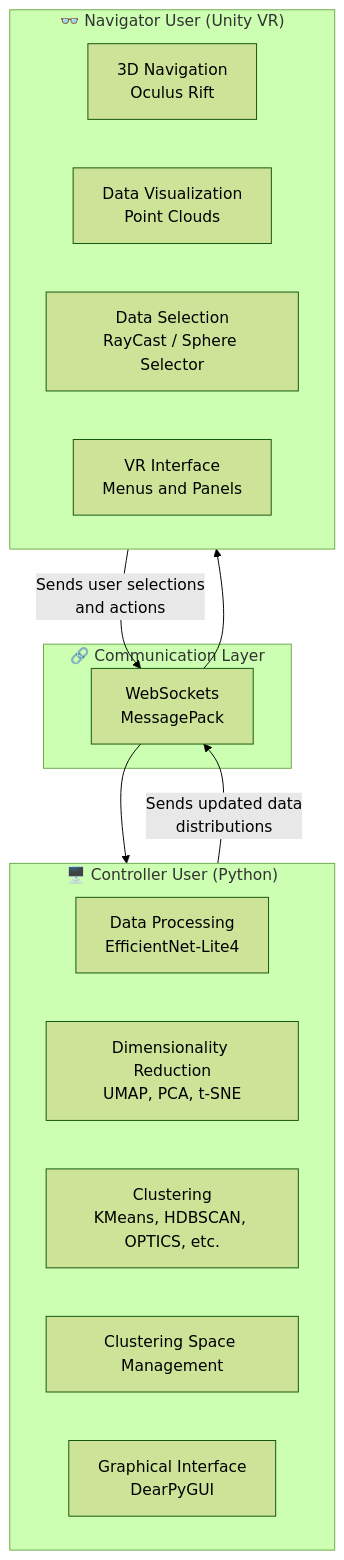
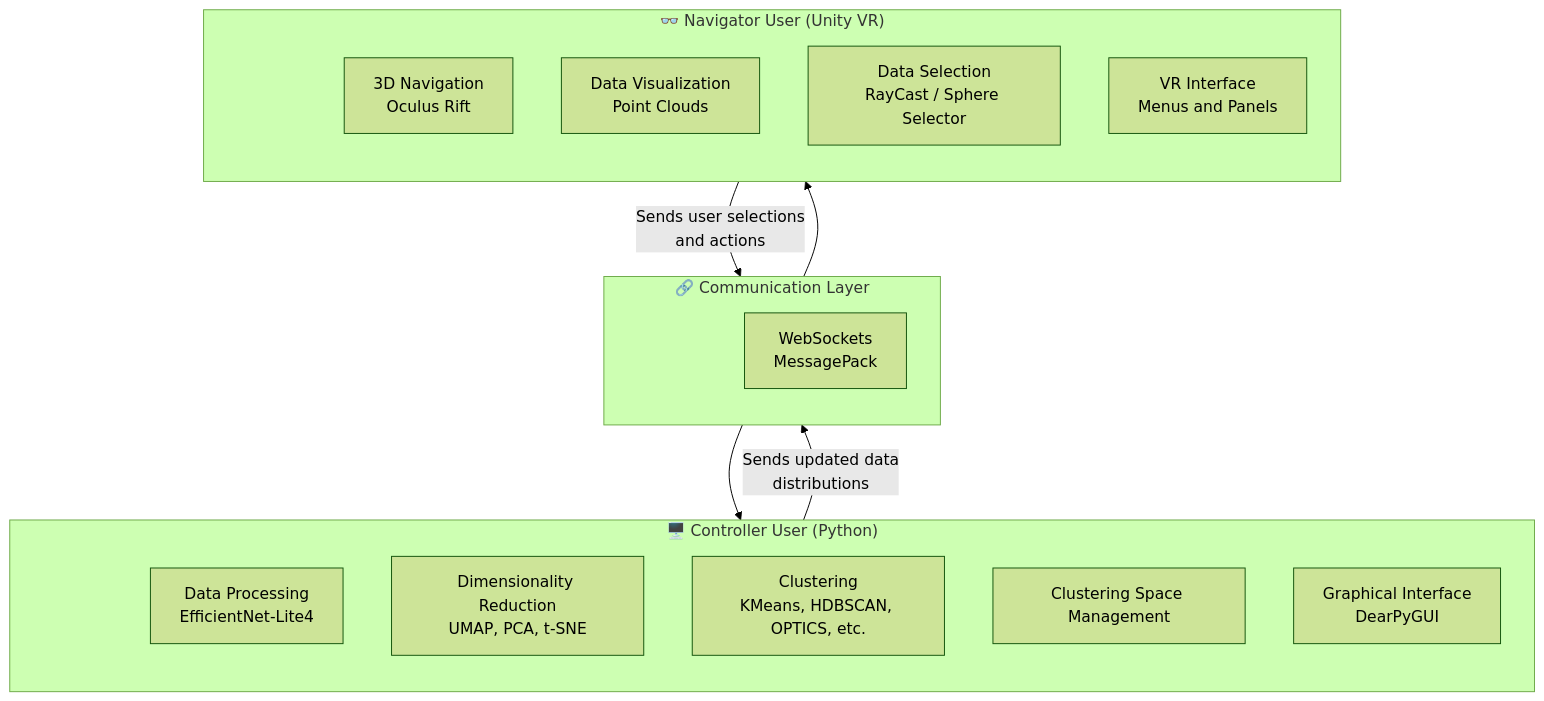
One commit to Nyanzey/Dataverse-Navigator changed the diagram in README_EN.md. Above: the diagram before and after it, drawn with Mermaid (forest theme). The commit also changed 1 other file, not shown here.

Commit message:
diagrams fixed

````diff
--- a/README_EN.md
+++ b/README_EN.md
@@ -75,27 +75,39 @@
 ```mermaid
 flowchart TB
+    %% --- Controller Subgraph ---
     subgraph Controller["🖥️ Controller User (Python)"]
+        direction TB
+        CT[ ]:::invisible
         P1[Data Processing<br/>EfficientNet-Lite4]
         P2[Dimensionality Reduction<br/>UMAP, PCA, t-SNE]
         P3[Clustering<br/>KMeans, HDBSCAN, OPTICS, etc.]
         P4[Clustering Space Management]
         P5[Graphical Interface<br/>DearPyGUI]
     end
 
+    %% --- Network Layer Subgraph ---
     subgraph NetworkLayer["🔗 Communication Layer"]
+        direction TB
+        NT[ ]:::invisible
         WS[WebSockets<br/>MessagePack]
     end
 
+    %% --- Navigator Subgraph ---
     subgraph Navigator["👓 Navigator User (Unity VR)"]
+        direction TB
+        NV[ ]:::invisible
         U1[3D Navigation<br/>Oculus Rift]
         U2[Data Visualization<br/>Point Clouds]
         U3[Data Selection<br/>RayCast / Sphere Selector]
         U4[VR Interface<br/>Menus and Panels]
     end
 
+    %% --- Connections ---
     Controller -->|Sends updated data<br/>distributions| WS
     WS --> Navigator
-
     Navigator -->|Sends user selections<br/>and actions| WS
     WS --> Controller
+
+    %% --- Styles ---
+    classDef invisible fill:none,stroke:none;
 ```
````
